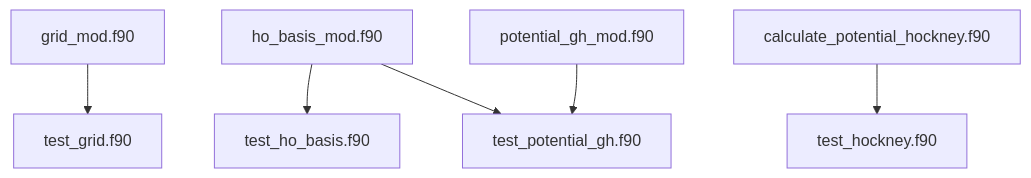
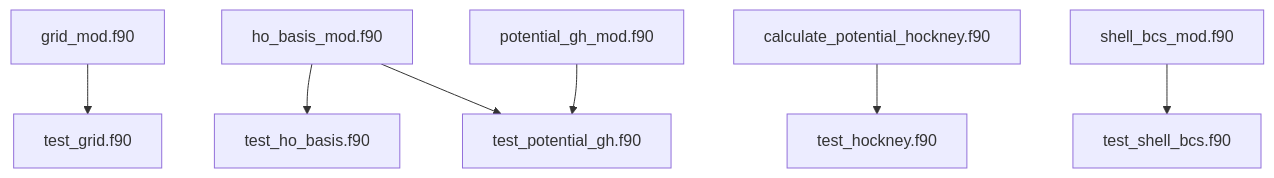
One commit to tanamarugithuber/Microscopic-Macroscopic- changed the second of 2 diagrams in README.md. Above: the diagram before and after it, drawn with Mermaid. The commit also changed other lines of this file and 2 other files, not shown here.

First line of the commit message:
Strutinsky shell correction and BCS pairing correction in shell_bcs_mod

````diff
--- a/README.md
+++ b/README.md
@@ -44,8 +46,9 @@
 ```mermaid
 graph TD;
     grid_mod.f90-->test_grid.f90;
     ho_basis_mod.f90-->test_ho_basis.f90;
     ho_basis_mod.f90-->test_potential_gh.f90;
     potential_gh_mod.f90-->test_potential_gh.f90;
     calculate_potential_hockney.f90-->test_hockney.f90;
+    shell_bcs_mod.f90-->test_shell_bcs.f90;
 ```
````
